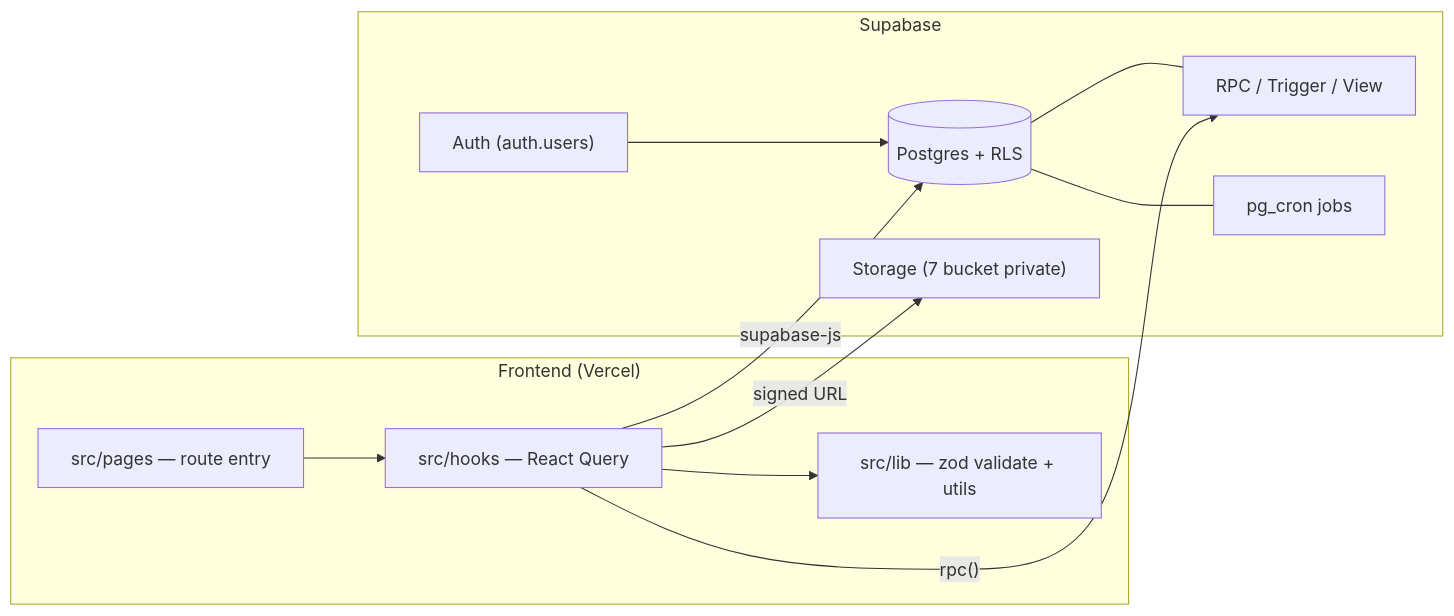
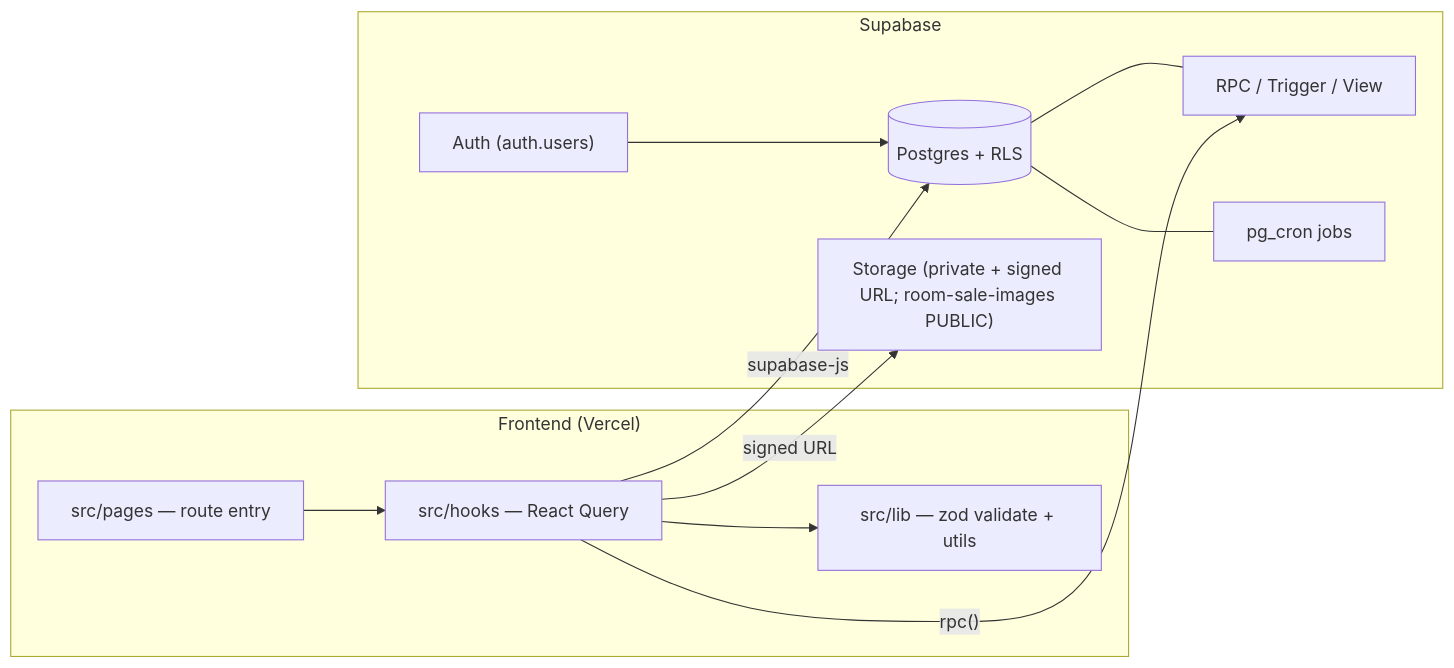
The first of 4 diagrams in docs/he-thong/00-tong-quan.md (zxGreenxz/whiteboard-ihomecrm), drawn with Mermaid before and after one commit. The commit also changed other lines of this file and 17 other files, not shown here.

````diff
--- a/docs/he-thong/00-tong-quan.md
+++ b/docs/he-thong/00-tong-quan.md
@@ -24,22 +24,22 @@
 ```mermaid
 flowchart LR
   subgraph FE["Frontend (Vercel)"]
     pages["src/pages — route entry"]
     hooks["src/hooks — React Query"]
     libz["src/lib — zod validate + utils"]
     pages --> hooks --> libz
   end
   subgraph SB["Supabase"]
     auth["Auth (auth.users)"]
     pg[("Postgres + RLS")]
     rpc["RPC / Trigger / View"]
-    storage["Storage (7 bucket private)"]
+    storage["Storage (private + signed URL; room-sale-images PUBLIC)"]
     cron["pg_cron jobs"]
     pg --- rpc
     pg --- cron
   end
   hooks -->|"supabase-js"| pg
   hooks -->|"rpc()"| rpc
   hooks -->|"signed URL"| storage
   auth --> pg
 ```
````
